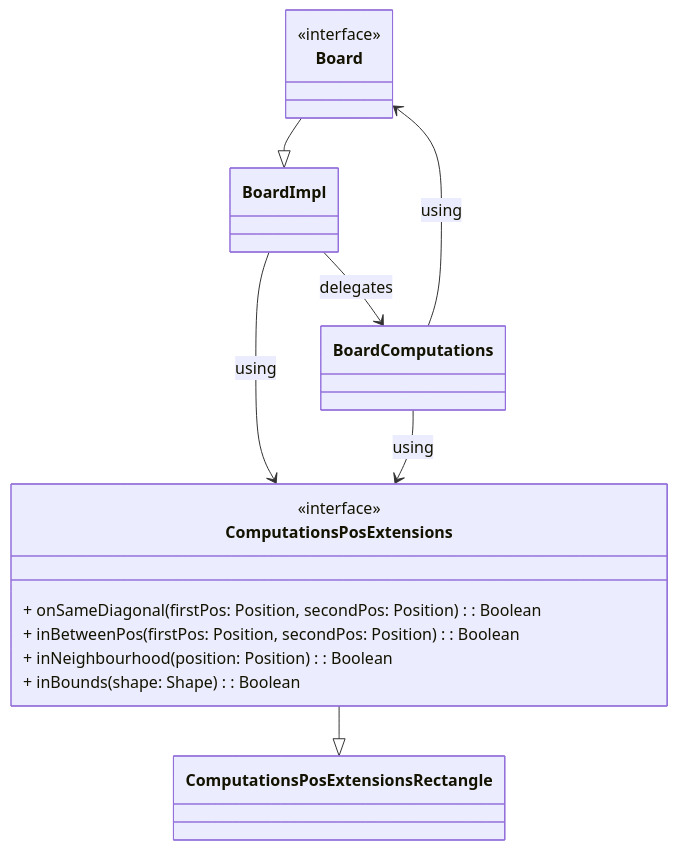
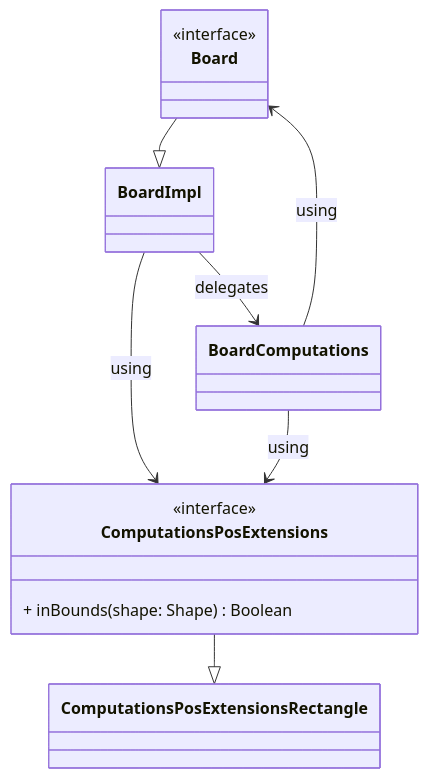
One commit to Borgotto/PPS-25-scalatello changed the diagram in docs/report/5-implementation/cristina-zoccola.md. Above: the diagram before and after it, drawn with Mermaid. The commit also changed other lines of this file, not shown here.

````diff
--- a/docs/report/5-implementation/cristina-zoccola.md
+++ b/docs/report/5-implementation/cristina-zoccola.md
@@ -17,23 +21,20 @@
 ```mermaid
 classDiagram
   class Board {
     <<interface>>
   }
   class BoardImpl
   class BoardComputations
   class ComputationsPosExtensions {
     <<interface>>
-    + onSameDiagonal(firstPos: Position, secondPos: Position): Boolean
-    + inBetweenPos(firstPos: Position, secondPos: Position): Boolean
-    + inNeighbourhood(position: Position): Boolean
-    + inBounds(shape: Shape): Boolean
+    + inBounds(shape: Shape) Boolean
   }
   class ComputationsPosExtensionsRectangle
   Board --|> BoardImpl
   ComputationsPosExtensions --|> ComputationsPosExtensionsRectangle
   BoardComputations --> Board: using
   BoardComputations --> ComputationsPosExtensions: using
   BoardImpl --> ComputationsPosExtensions: using
   BoardImpl --> BoardComputations: delegates
 
 ```
````
